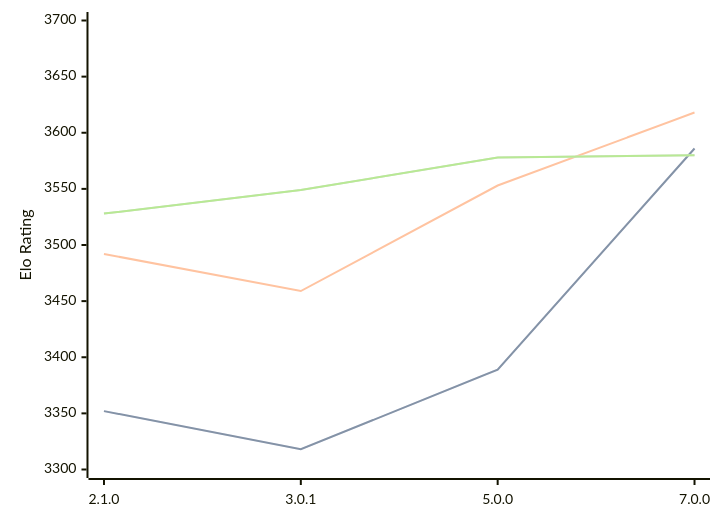
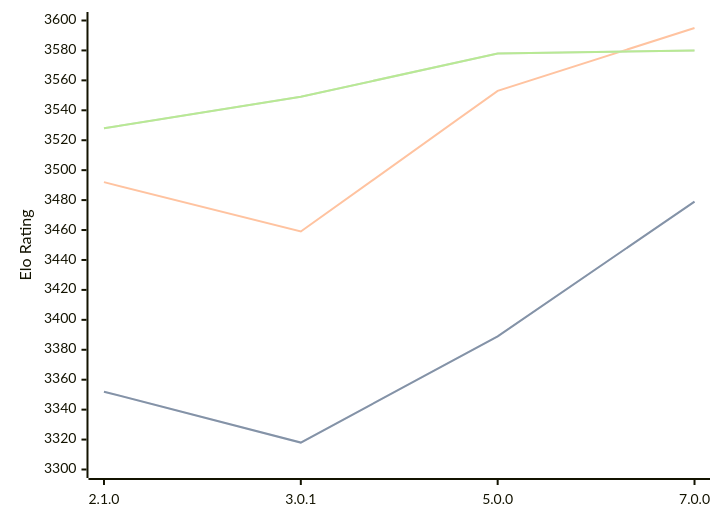
The diagram in engines/PlentyChess.md (computer-chess-index/cci), drawn with Mermaid before and after one commit. The commit also changed other lines of this file, not shown here.

Commit message:
Update CCI Ratings (ELO VLTC) - 2026-04-04

````diff
--- a/engines/PlentyChess.md
+++ b/engines/PlentyChess.md
@@ -45,11 +45,11 @@
 ```mermaid
 %%{init: {"theme":"base","themeVariables":{"seriesColors:['#a3a3a3','#222221','#faa371']}}}%%
 xychart-beta
   x-axis ["2.1.0", "3.0.1", "5.0.0", "7.0.0"]
-  y-axis "Elo Rating" 3300 --> 3700
-  line "STC (8.0+0.08s)" [3352, 3318, 3389, 3586]
-  line "STC (8.0+0.08s)" [3352, 3318, 3389, 3586]
-  line "LTC (60.0+0.60s)" [3492, 3459, 3553, 3618]
+  y-axis "Elo Rating" 3300 --> 3600
+  line "STC (8.0+0.08s)" [3352, 3318, 3389, 3479]
+  line "STC (8.0+0.08s)" [3352, 3318, 3389, 3479]
+  line "LTC (60.0+0.60s)" [3492, 3459, 3553, 3595]
   line "VLTC (2m24s+1.12s)" [3528, 3549, 3578, 3580]
   line "VLTC (2m24s+1.12s)" [3528, 3549, 3578, 3580]
 ```
````
